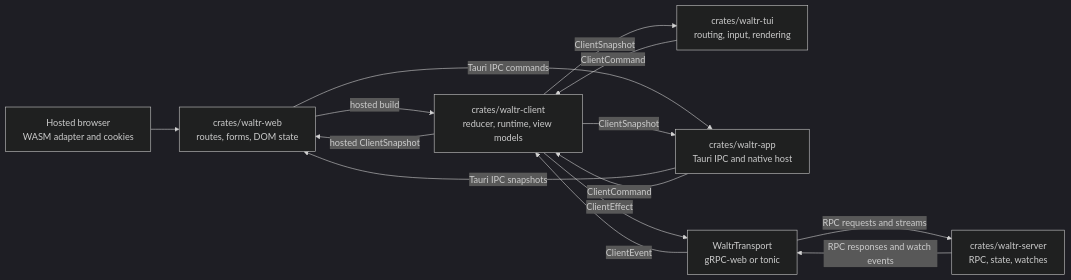
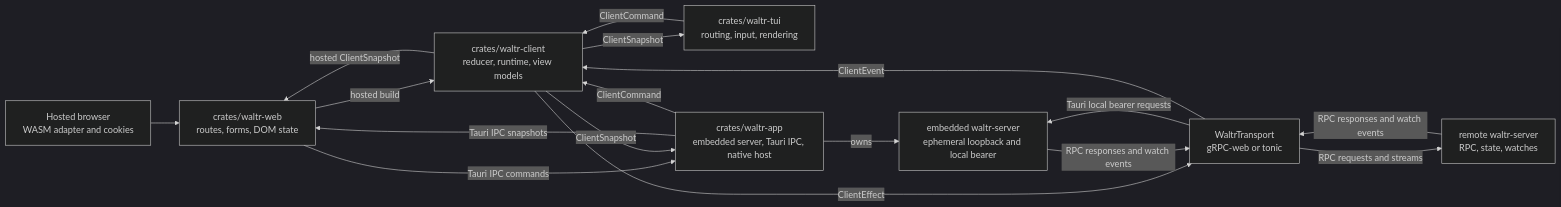
Before and after one commit to rfhold/waltr: the first of 3 diagrams in docs/architecture/clients.md, drawn with Mermaid (dark theme). The commit also changed other lines of this file and 12 other files, not shown here.

Commit message:
docs: document embedded Tauri server architecture

````diff
--- a/docs/architecture/clients.md
+++ b/docs/architecture/clients.md
@@ -17,24 +17,28 @@
 ```mermaid
 flowchart LR
     Browser[Hosted browser<br/>WASM adapter and cookies]
     Web[crates/waltr-web<br/>routes, forms, DOM state]
     Tui[crates/waltr-tui<br/>routing, input, rendering]
-    App[crates/waltr-app<br/>Tauri IPC and native host]
+    App[crates/waltr-app<br/>embedded server, Tauri IPC, native host]
     Client[crates/waltr-client<br/>reducer, runtime, view models]
     Transport[WaltrTransport<br/>gRPC-web or tonic]
-    Server[crates/waltr-server<br/>RPC, state, watches]
+    Embedded[embedded waltr-server<br/>ephemeral loopback and local bearer]
+    Server[remote waltr-server<br/>RPC, state, watches]
 
     Browser --> Web
     Web -->|hosted build| Client
     Client -->|hosted ClientSnapshot| Web
     Web -->|Tauri IPC commands| App
     App -->|Tauri IPC snapshots| Web
     App -->|ClientCommand| Client
+    App -->|owns| Embedded
     Client -->|ClientSnapshot| App
     Tui -->|ClientCommand| Client
     Client -->|ClientSnapshot| Tui
     Client -->|ClientEffect| Transport
     Transport -->|RPC requests and streams| Server
+    Transport -->|Tauri local bearer requests| Embedded
     Server -->|RPC responses and watch events| Transport
+    Embedded -->|RPC responses and watch events| Transport
     Transport -->|ClientEvent| Client
 ```
````
